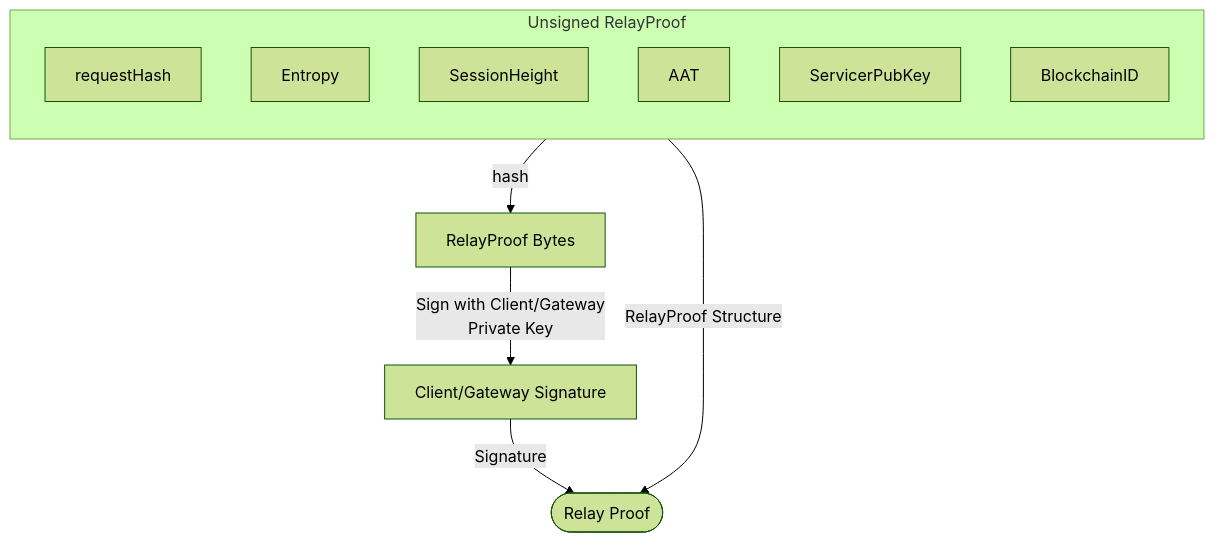
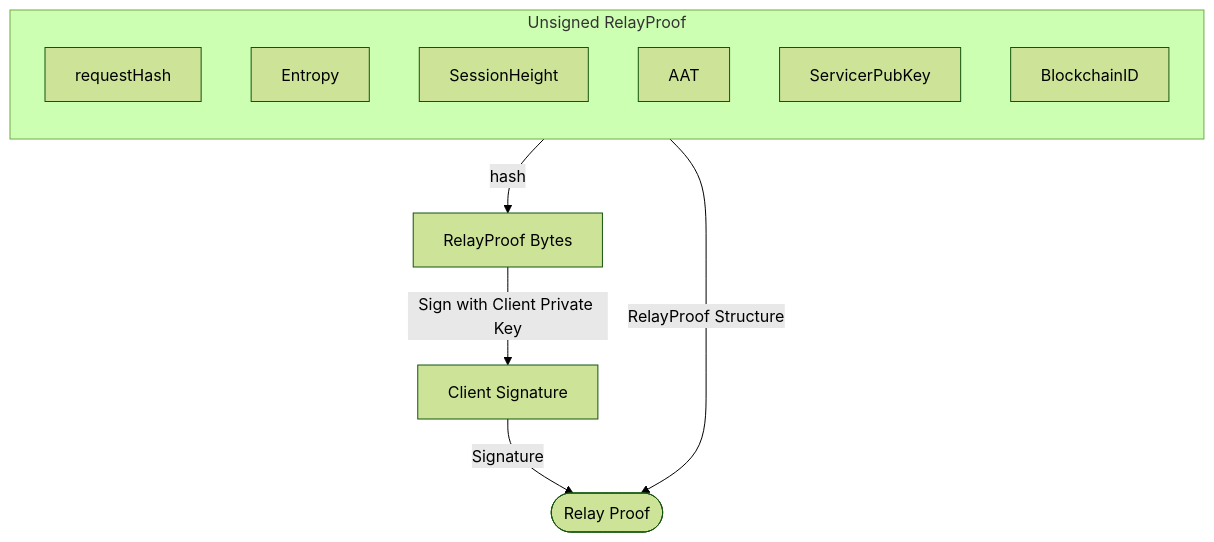
One commit to pokt-network/pocket-core changed the second of 2 diagrams in doc/specs/application-auth-token.md. Above: the diagram before and after it, drawn with Mermaid (forest theme). The commit also changed other lines of this file and 4 other files, not shown here.

````diff
--- a/doc/specs/application-auth-token.md
+++ b/doc/specs/application-auth-token.md
@@ -162,20 +127,20 @@
 ```mermaid
 flowchart TB
     RP([Relay Proof])
 
     subgraph RPU["Unsigned RelayProof"]
         direction TB
         requestHash
         Entropy
         SessionHeight
         AAT
         ServicerPubKey
         BlockchainID
     end
 
     RPU -- hash --> RPUB["RelayProof Bytes"]
 
-    RPUB -- "Sign with Client/Gateway\nPrivate Key" --> sig["Client/Gateway Signature"]
+    RPUB -- "Sign with Client Private Key" --> sig["Client Signature"]
     RPU -- "RelayProof Structure" --> RP
     sig -- Signature --> RP
 ```
````
